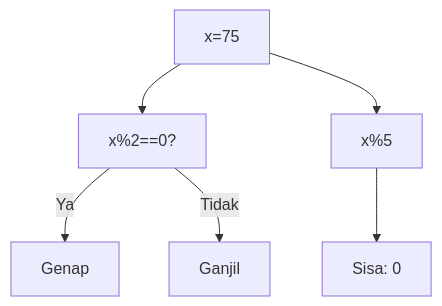
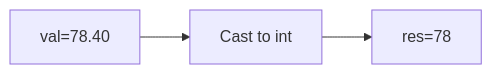
The fourth of 25 diagrams in part-c-pemahaman-cpp/01-tipe-data/latihan/set-03.md (amnahwaida/OSNK_INF_PREP), drawn with Mermaid before and after one commit. The commit also changed other lines of this file and 71 other files, not shown here.

````diff
--- a/part-c-pemahaman-cpp/01-tipe-data/latihan/set-03.md
+++ b/part-c-pemahaman-cpp/01-tipe-data/latihan/set-03.md
@@ -83,8 +103,5 @@
 ```mermaid
-graph TD
-A["x=75"] --> B["x%2==0?"]
-B -- Ya --> C["Genap"]
-B -- Tidak --> D["Ganjil"]
-A --> E["x%5"]
-E --> F["Sisa: 0"]
+graph LR
+A["val=78.40"] --> B["Cast to int"]
+B --> C["res=78"]
 ```
````
